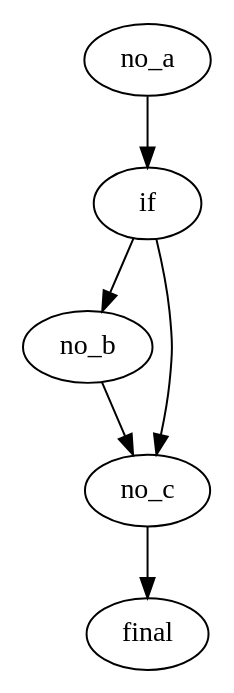
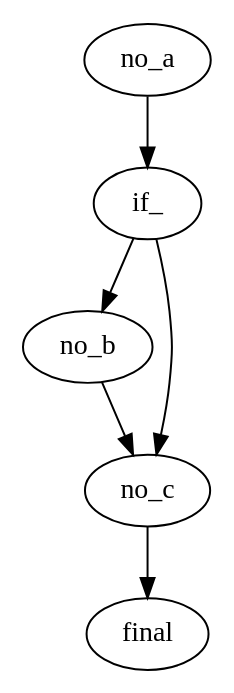
The diagram in dots/1.dot (Pssales/INMEHY-1), drawn with Graphviz before and after one commit. The commit also changed 22 other files, not shown here.

```diff
--- a/dots/1.dot
+++ b/dots/1.dot
@@ -1,12 +1,12 @@
 strict digraph G {
     no_a;
-	if;
+	if_;
 	no_b;
 	no_c;
 	final;
-	no_a -> if;
-	if -> no_b;
-	if -> no_c;
+	no_a -> if_;
+	if_ -> no_b;
+	if_ -> no_c;
 	no_b -> no_c;
 	no_c -> final;
 }
```
